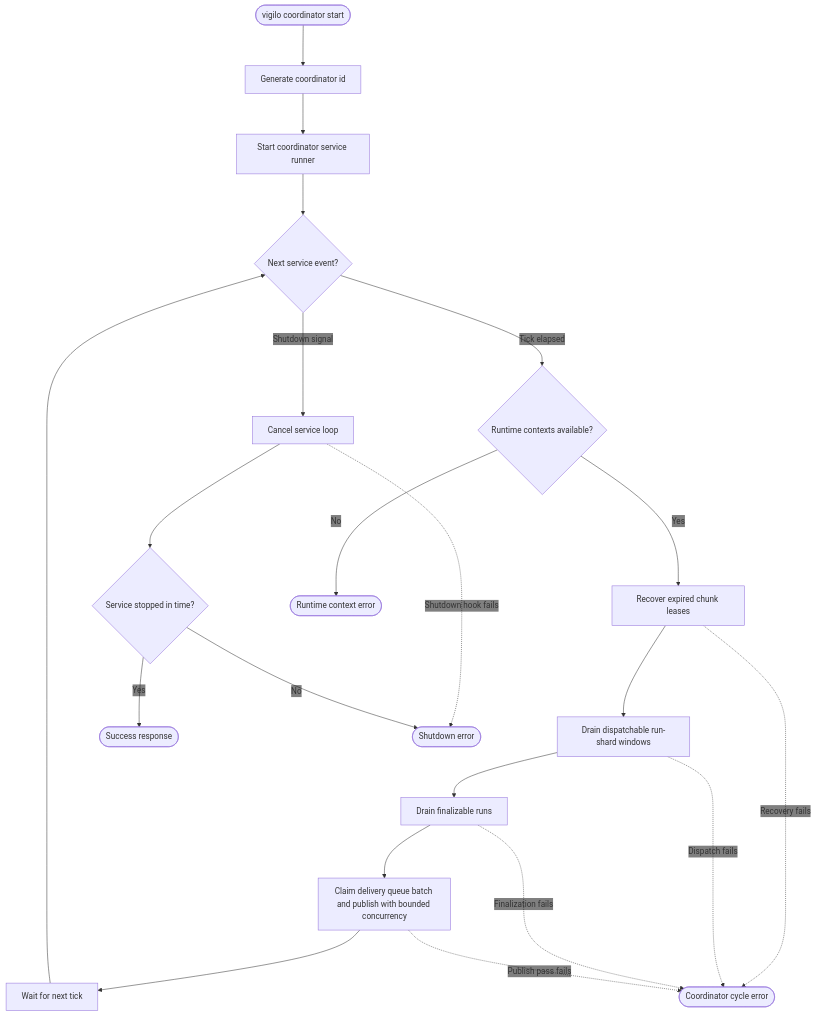
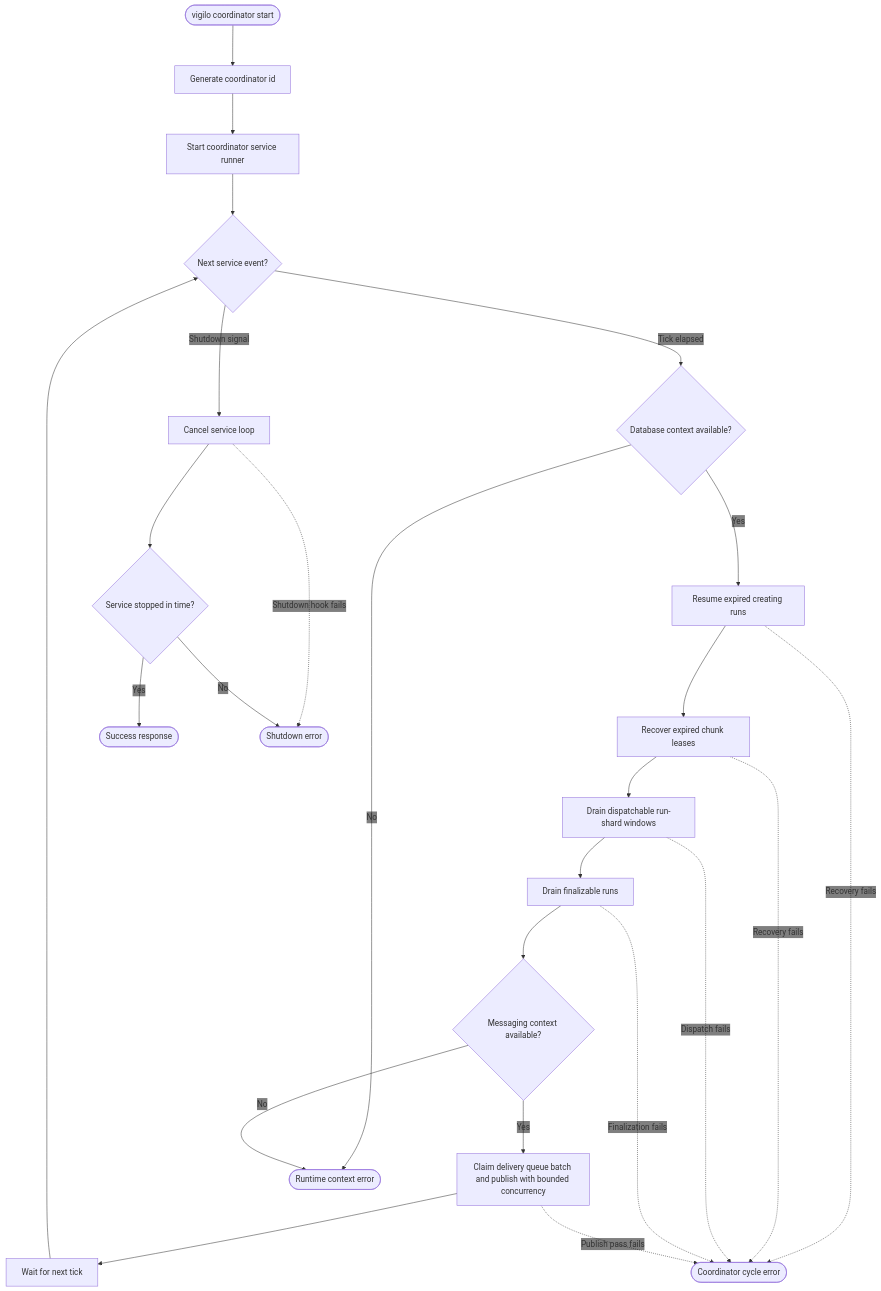
Before and after one commit to gregl83/agent-vigilo: the diagram in web/docs/architecture/flows/coordinator/start/decision-flow.mmd, drawn with Mermaid. The commit also changed 25 other files, not shown here.

```diff
--- a/web/docs/architecture/flows/coordinator/start/decision-flow.mmd
+++ b/web/docs/architecture/flows/coordinator/start/decision-flow.mmd
@@ -1,63 +1,71 @@
 ---
 config:
   flowchart:
     nodeSpacing: 150
     rankSpacing: 80
   themeVariables:
     edgeLabelBackground: 'transparent'
 ---
 flowchart TD
     Start([vigilo coordinator start])
 
     CoordinatorId[Generate coordinator id]
     Runner[Start coordinator service runner]
     Event{Next service event?}
-    Contexts{Runtime contexts available?}
+    Database{Database context available?}
+    RecoverCreation[Resume expired creating runs]
     Recover[Recover expired chunk leases]
     Dispatch[Drain dispatchable run-shard windows]
     Finalize[Drain finalizable runs]
+    Messaging{Messaging context available?}
     Outbox[Claim delivery queue batch and publish with bounded concurrency]
     Wait[Wait for next tick]
     Shutdown[Cancel service loop]
     Stop{Service stopped in time?}
 
     Success([Success response])
 
     ContextFail([Runtime context error])
     CycleFail([Coordinator cycle error])
     ShutdownFail([Shutdown error])
 
     Start --> CoordinatorId
     CoordinatorId --> Runner
     Runner --> Event
 
-    Event -- Tick elapsed --> Contexts
+    Event -- Tick elapsed --> Database
     Event -- Shutdown signal --> Shutdown
 
-    Contexts -- No --> ContextFail
-    Contexts -- Yes --> Recover
+    Database -- No --> ContextFail
+    Database -- Yes --> RecoverCreation
+
+    RecoverCreation --> Recover
+    RecoverCreation -. Recovery fails .-> CycleFail
 
     Recover --> Dispatch
     Recover -. Recovery fails .-> CycleFail
 
     Dispatch --> Finalize
     Dispatch -. Dispatch fails .-> CycleFail
 
-    Finalize --> Outbox
+    Finalize --> Messaging
     Finalize -. Finalization fails .-> CycleFail
+
+    Messaging -- No --> ContextFail
+    Messaging -- Yes --> Outbox
 
     Outbox --> Wait
     Outbox -. Publish pass fails .-> CycleFail
 
     Wait --> Event
 
     Shutdown --> Stop
     Shutdown -. Shutdown hook fails .-> ShutdownFail
 
     Stop -- Yes --> Success
     Stop -- No --> ShutdownFail
 
     class Start command
     class Success success
-    class CoordinatorId,Runner,Event,Contexts,Recover,Dispatch,Finalize,Outbox,Wait,Shutdown,Stop system
+    class CoordinatorId,Runner,Event,Database,RecoverCreation,Recover,Dispatch,Finalize,Messaging,Outbox,Wait,Shutdown,Stop system
     class ContextFail,CycleFail,ShutdownFail error
```
